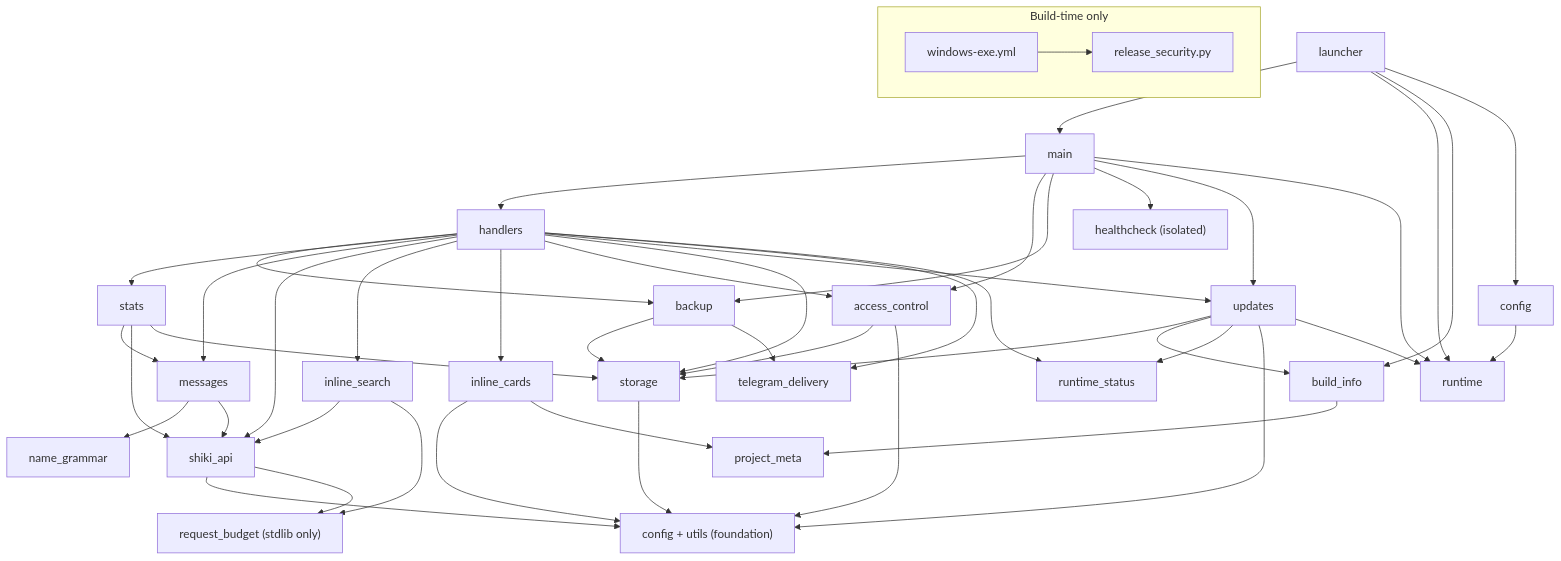
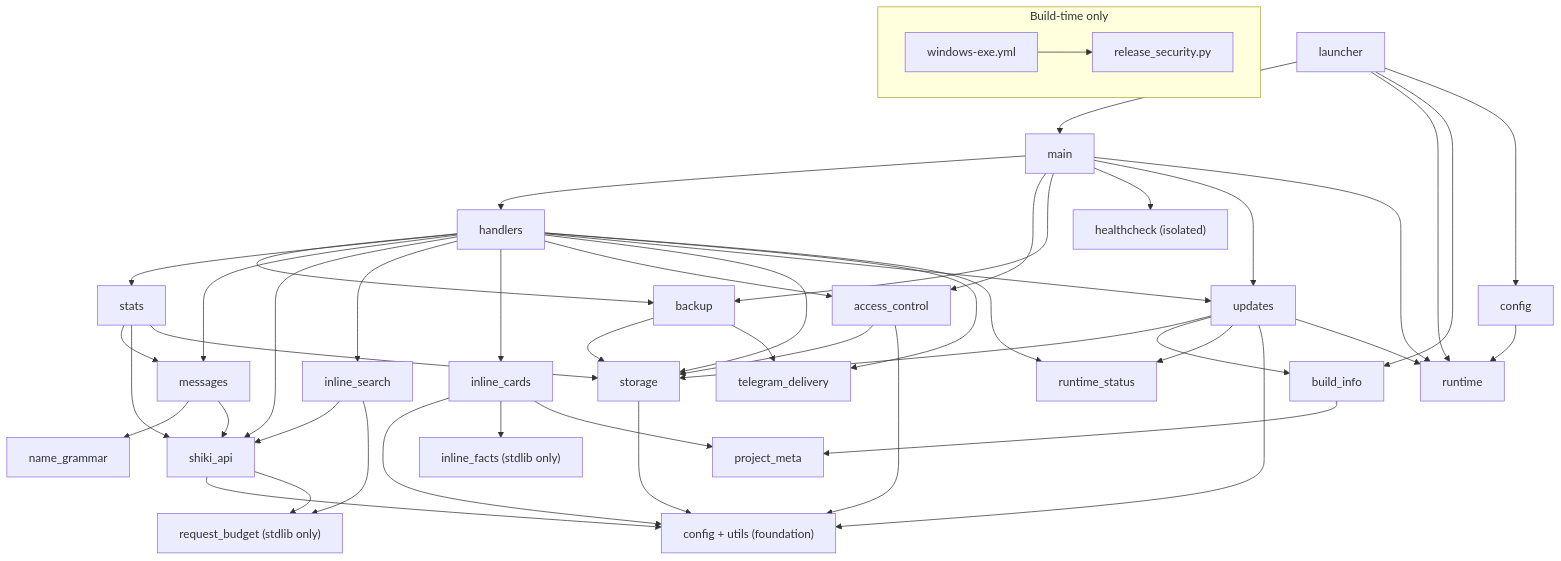
Before and after one commit to WorgaNomoR/ShikiUpdatesBot: the diagram in ARCHITECTURE.md, drawn with Mermaid. The commit also changed other lines of this file and 7 other files, not shown here.

First line of the commit message:
Keep paginated inline results readable with curated facts

````diff
--- a/ARCHITECTURE.md
+++ b/ARCHITECTURE.md
@@ -42,52 +43,54 @@
 ```mermaid
 graph TD
     launcher --> main
     launcher --> runtime
     launcher --> build_info
     launcher --> config
     main --> handlers
     main --> access_control
     main --> backup
     main --> healthcheck
     main --> updates
     main --> runtime
     handlers --> backup
     handlers --> stats
     handlers --> messages
     handlers --> shiki_api
     handlers --> inline_search
     handlers --> inline_cards
     handlers --> access_control
     handlers --> storage
     access_control --> storage
     access_control --> base
     handlers --> updates
     handlers --> telegram_delivery
     handlers --> runtime_status
     updates --> storage
     updates --> build_info
     updates --> runtime_status
     build_info --> project_meta
     updates --> base
     updates --> runtime
     stats --> messages
     stats --> shiki_api
     stats --> storage
     messages --> name_grammar
     messages --> shiki_api
     backup --> storage
     backup --> telegram_delivery
     storage --> base["config + utils (foundation)"]
     shiki_api --> base
     shiki_api --> request_budget
     inline_search --> shiki_api
     inline_search --> request_budget
     inline_cards --> base
+    inline_cards --> inline_facts
     inline_cards --> project_meta
+    inline_facts["inline_facts (stdlib only)"]
     request_budget["request_budget (stdlib only)"]
     config --> runtime
     healthcheck["healthcheck (isolated)"]
     subgraph build_time["Build-time only"]
         windows_workflow["windows-exe.yml"] --> release_security["release_security.py"]
     end
 ```
````
